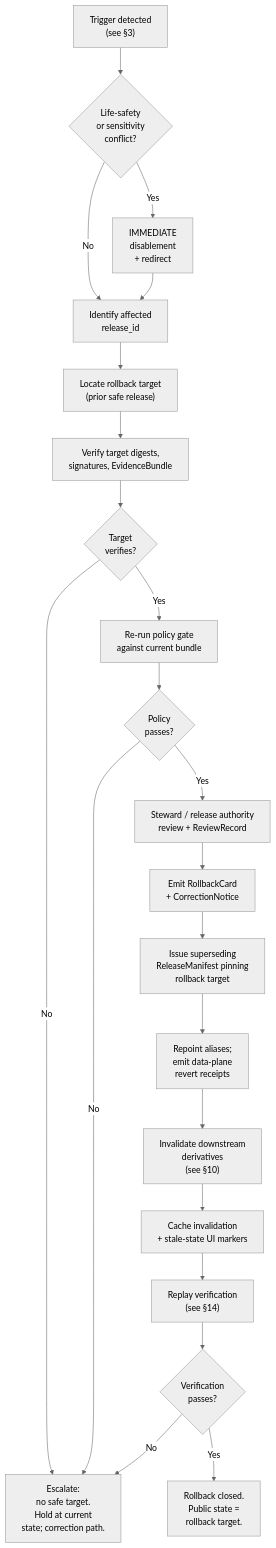
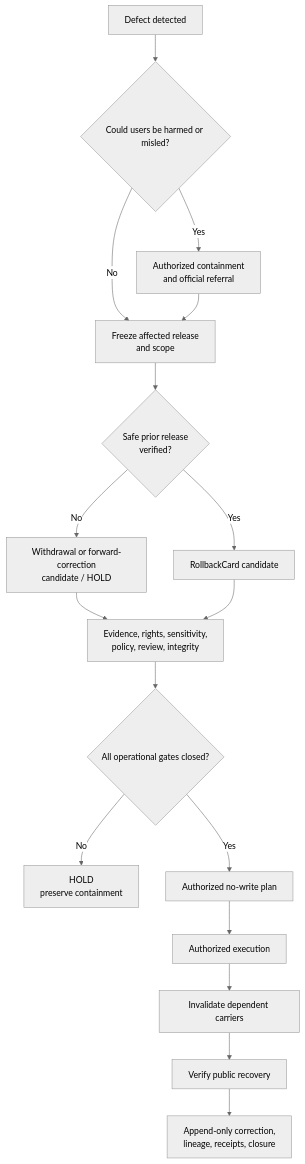
The diagram in docs/runbooks/hazards/ROLLBACK_RUNBOOK.md (bartytime4life/Kansas-Frontier-Matrix), drawn with Mermaid (neutral theme) before and after one commit. The commit also changed other lines of this file, not shown here.

Commit message:
docs(hazards): ground rollback runbook in current evidence

````diff
--- a/docs/runbooks/hazards/ROLLBACK_RUNBOOK.md
+++ b/docs/runbooks/hazards/ROLLBACK_RUNBOOK.md
@@ -225,24 +342,19 @@
 ```mermaid
 flowchart TD
-  A["Trigger detected<br/>(see §3)"] --> B{"Life-safety<br/>or sensitivity<br/>conflict?"}
-  B -- "Yes" --> C["IMMEDIATE<br/>disablement<br/>+ redirect"]
-  B -- "No" --> D["Identify affected<br/>release_id"]
+  A["Defect detected"] --> B{"Could users be harmed or misled?"}
+  B -- "Yes" --> C["Authorized containment<br/>and official referral"]
+  B -- "No" --> D["Freeze affected release<br/>and scope"]
   C --> D
-  D --> E["Locate rollback target<br/>(prior safe release)"]
-  E --> F["Verify target digests,<br/>signatures, EvidenceBundle"]
-  F --> G{"Target<br/>verifies?"}
-  G -- "No" --> H["Escalate:<br/>no safe target.<br/>Hold at current<br/>state; correction path."]
-  G -- "Yes" --> I["Re-run policy gate<br/>against current bundle"]
-  I --> J{"Policy<br/>passes?"}
-  J -- "No" --> H
-  J -- "Yes" --> K["Steward / release authority<br/>review + ReviewRecord"]
-  K --> L["Emit RollbackCard<br/>+ CorrectionNotice"]
-  L --> M["Issue superseding<br/>ReleaseManifest pinning<br/>rollback target"]
-  M --> N["Repoint aliases;<br/>emit data-plane<br/>revert receipts"]
-  N --> O["Invalidate downstream<br/>derivatives<br/>(see §10)"]
-  O --> P["Cache invalidation<br/>+ stale-state UI markers"]
-  P --> Q["Replay verification<br/>(see §14)"]
-  Q --> R{"Verification<br/>passes?"}
-  R -- "No" --> H
-  R -- "Yes" --> S["Rollback closed.<br/>Public state =<br/>rollback target."]
+  D --> E{"Safe prior release<br/>verified?"}
+  E -- "No" --> F["Withdrawal or forward-correction<br/>candidate / HOLD"]
+  E -- "Yes" --> G["RollbackCard candidate"]
+  F --> H["Evidence, rights, sensitivity,<br/>policy, review, integrity"]
+  G --> H
+  H --> I{"All operational gates closed?"}
+  I -- "No" --> J["HOLD<br/>preserve containment"]
+  I -- "Yes" --> K["Authorized no-write plan"]
+  K --> L["Authorized execution"]
+  L --> M["Invalidate dependent carriers"]
+  M --> N["Verify public recovery"]
+  N --> O["Append-only correction,<br/>lineage, receipts, closure"]
 ```
````
